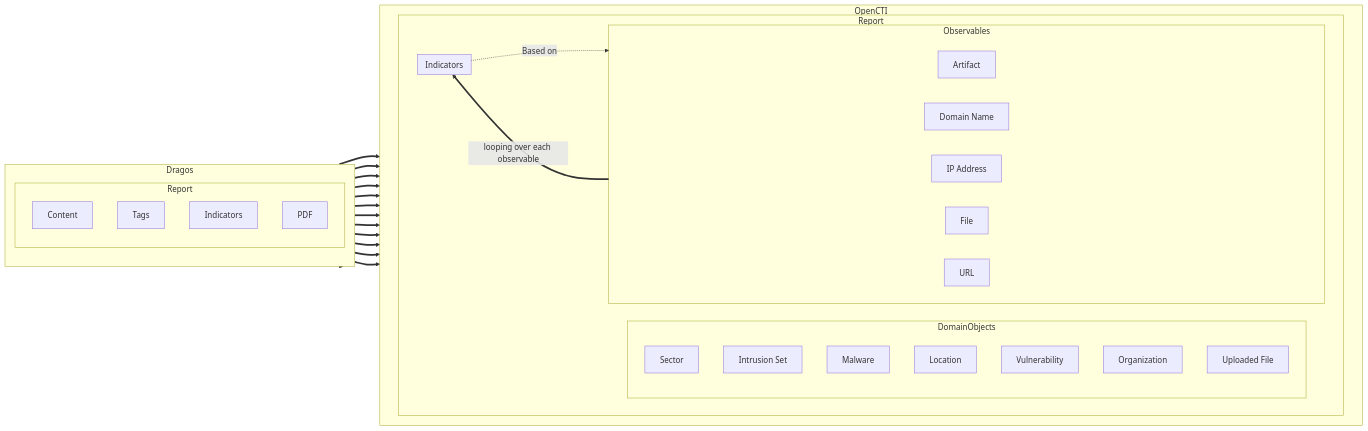
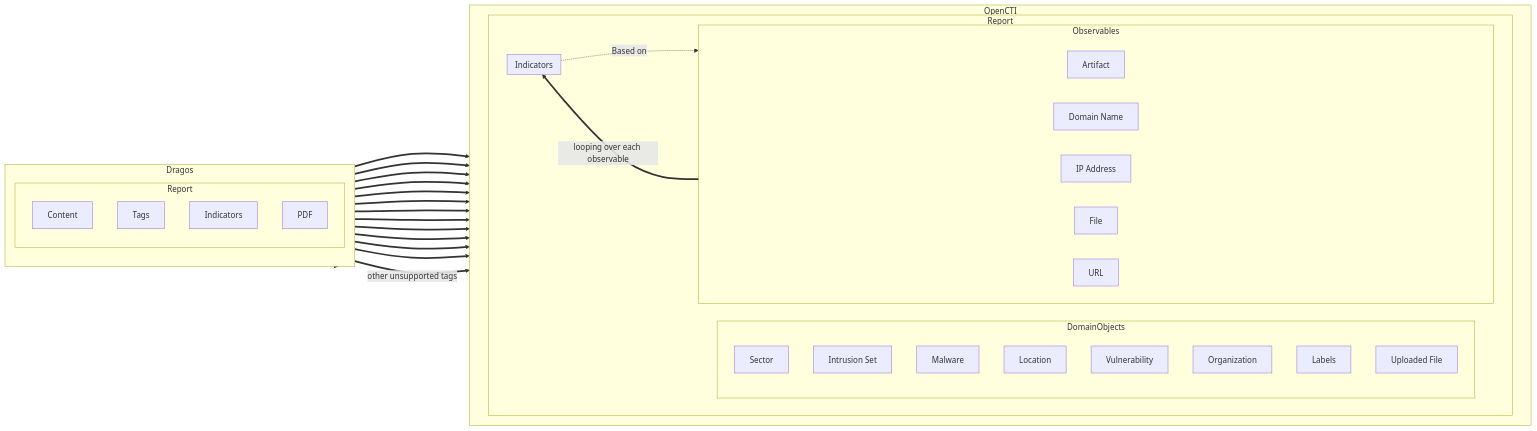
One commit to OpenCTI-Platform/connectors changed the diagram in external-import/dragos/README.md. Above: the diagram before and after it, drawn with Mermaid.

Commit message:
doc: update mermaid

````diff
--- a/external-import/dragos/README.md
+++ b/external-import/dragos/README.md
@@ -57,44 +57,48 @@
 ```mermaid
 graph LR
         subgraph Dragos
                 direction TB
                 subgraph DragosReport[Report]
                         DragosReportContent[Content]
                         DragosReportTags[Tags]
                         DragosReportsIndicators[Indicators]
                         DragosReportPDF[PDF]
                 end
         end
         subgraph OpenCTI
                 direction LR
                 subgraph OpenCTIReport[Report]
                         subgraph DomainObjects
                                 direction TB
                                 OpenCTISector[Sector]
                                 OpenCTIIntrusionSet[Intrusion Set]
                                 OpenCTIMalware[Malware]
                                 OpenCTILocation[Location]
                                 OpenCTIVulnerability[Vulnerability]
                                 OpenCTIOrganization[Organization]
+                                OpenCTIReportLabels[Labels]
                                 OpenCTIUploadedFile[Uploaded File]
                         end
                         subgraph Observables
                                 OpenCTIArtifact[Artifact]
                                 OpenCTIDomainName[Domain Name]
                                 OpenCTIIPAddress[IP Address]
                                 OpenCTIFile[File]
                                 OpenCTIURL[URL]
                         end
                         subgraph Indicators
                         end
                 end
         end
         %% Dragos reports generate OpenCTI entities
         DragosReport ==> OpenCTIReport
         DragosReportTags ==> OpenCTIIntrusionSet & OpenCTISector & OpenCTIMalware & OpenCTILocation & OpenCTIVulnerability & OpenCTIOrganization
         DragosReportsIndicators ==> OpenCTIArtifact & OpenCTIDomainName & OpenCTIIPAddress & OpenCTIFile & OpenCTIURL
         DragosReportPDF ==> OpenCTIUploadedFile
         Observables ==> |looping over each observable| Indicators
+
+        DragosReportTags ==> |"other unsupported tags"| OpenCTIReportLabels
+
         %% Relationships between entities
         Indicators -.-> |"Based on"| Observables
 ```
````
